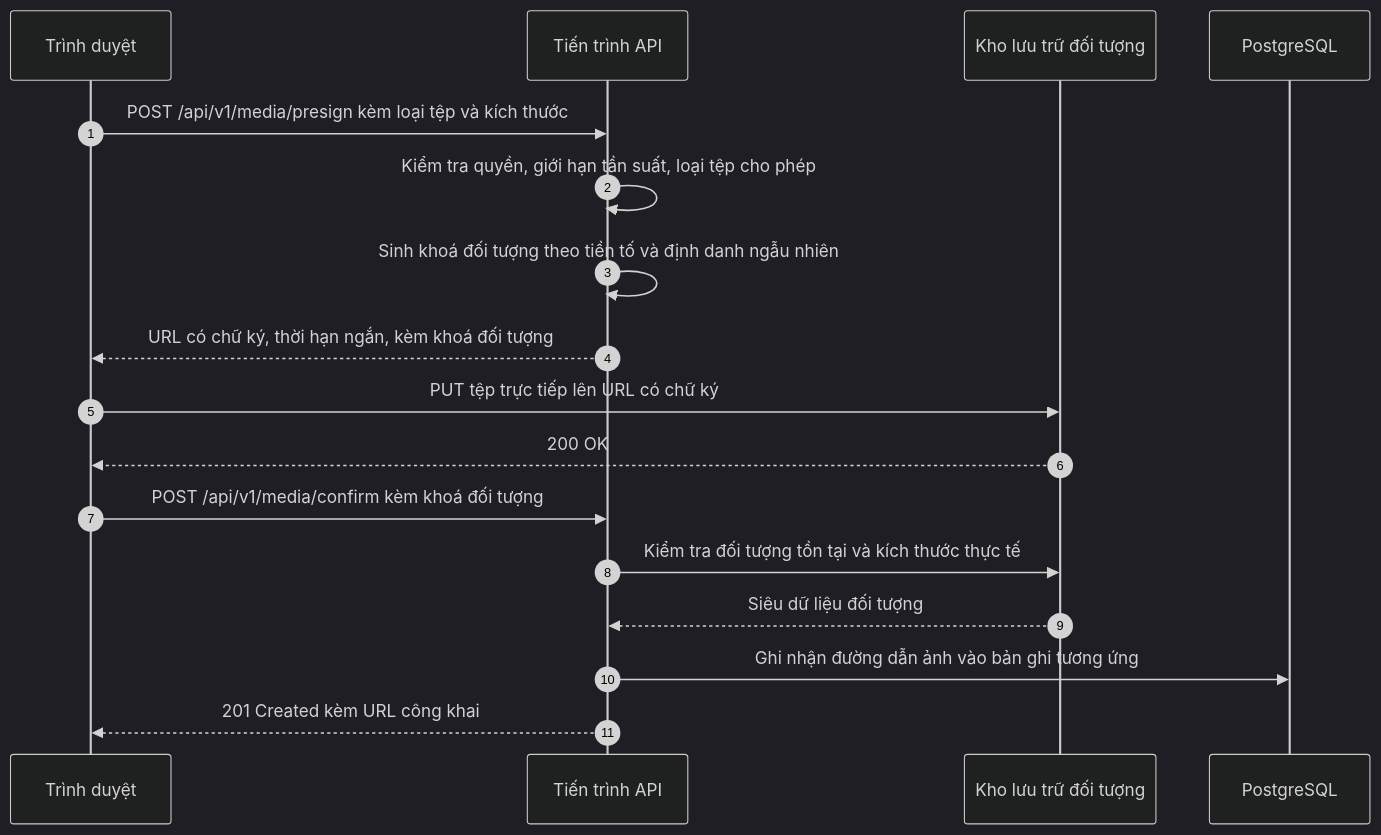
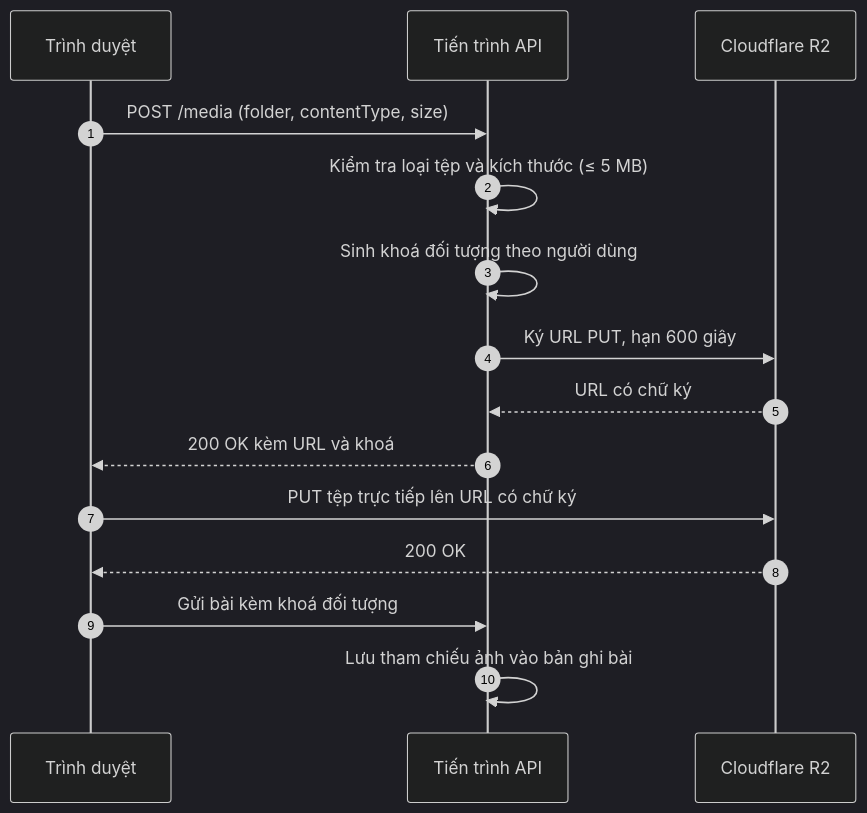
Before and after one commit to longqt321/Rendez-PBL6: the sixth of 13 diagrams in docs/bao-cao/BAO-CAO-DO-AN.md, drawn with Mermaid (dark theme). The commit also changed other lines of this file and 6 other files, not shown here.

First line of the commit message:
docs(report): bổ sung 6 ảnh giao diện thực tế và hoàn thiện báo cáo

````diff
--- a/docs/bao-cao/BAO-CAO-DO-AN.md
+++ b/docs/bao-cao/BAO-CAO-DO-AN.md
@@ -920,22 +605,18 @@
 ```mermaid
 sequenceDiagram
     autonumber
     participant B as Trình duyệt
     participant A as Tiến trình API
-    participant S as Kho lưu trữ đối tượng
-    participant D as PostgreSQL
+    participant R as Cloudflare R2
 
-    B->>A: POST /api/v1/media/presign kèm loại tệp và kích thước
-    A->>A: Kiểm tra quyền, giới hạn tần suất, loại tệp cho phép
-    A->>A: Sinh khoá đối tượng theo tiền tố và định danh ngẫu nhiên
-    A-->>B: URL có chữ ký, thời hạn ngắn, kèm khoá đối tượng
-
-    B->>S: PUT tệp trực tiếp lên URL có chữ ký
-    S-->>B: 200 OK
-
-    B->>A: POST /api/v1/media/confirm kèm khoá đối tượng
-    A->>S: Kiểm tra đối tượng tồn tại và kích thước thực tế
-    S-->>A: Siêu dữ liệu đối tượng
-    A->>D: Ghi nhận đường dẫn ảnh vào bản ghi tương ứng
-    A-->>B: 201 Created kèm URL công khai
+    B->>A: POST /media (folder, contentType, size)
+    A->>A: Kiểm tra loại tệp và kích thước (≤ 5 MB)
+    A->>A: Sinh khoá đối tượng theo người dùng
+    A->>R: Ký URL PUT, hạn 600 giây
+    R-->>A: URL có chữ ký
+    A-->>B: 200 OK kèm URL và khoá
+    B->>R: PUT tệp trực tiếp lên URL có chữ ký
+    R-->>B: 200 OK
+    B->>A: Gửi bài kèm khoá đối tượng
+    A->>A: Lưu tham chiếu ảnh vào bản ghi bài
 ```
````
